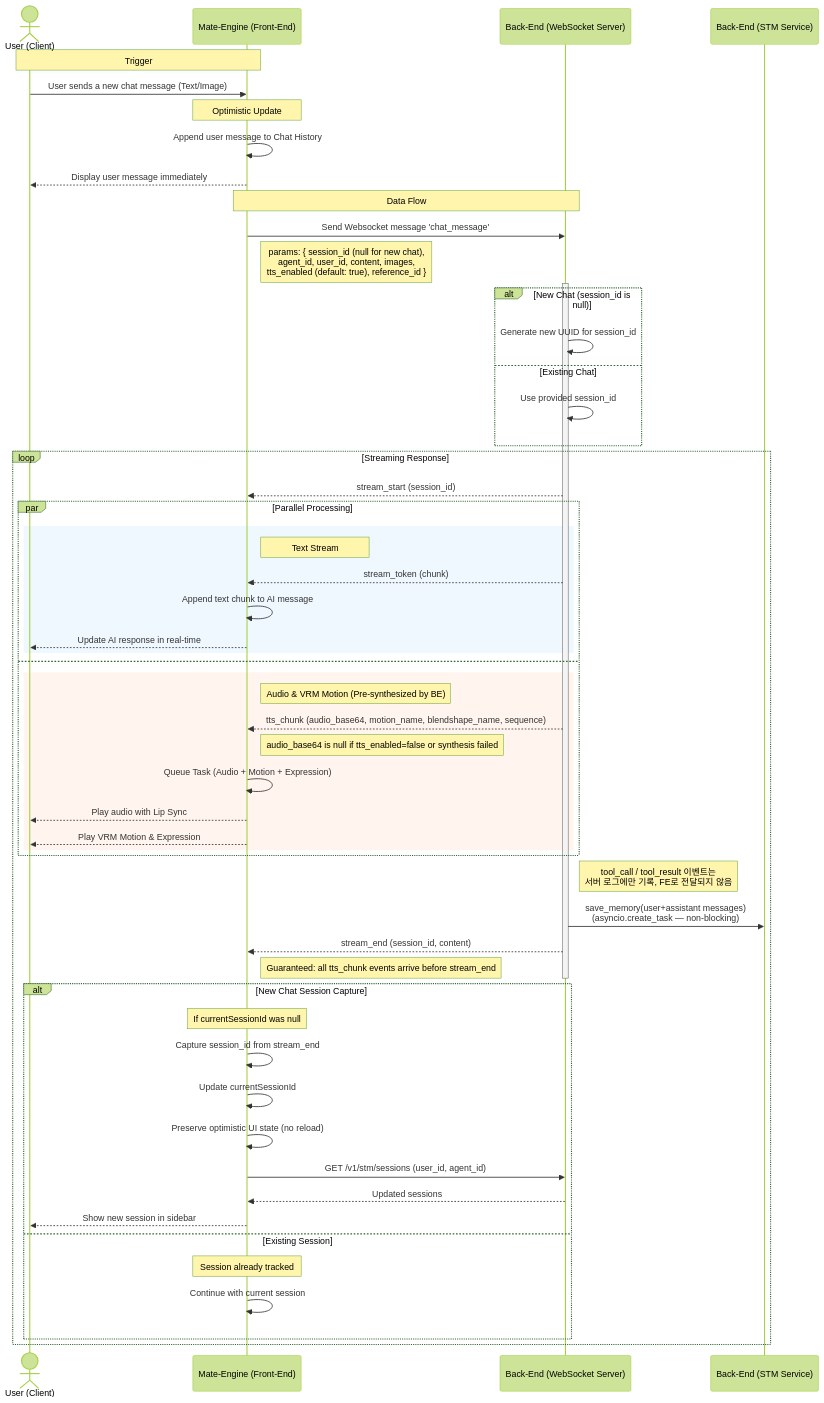
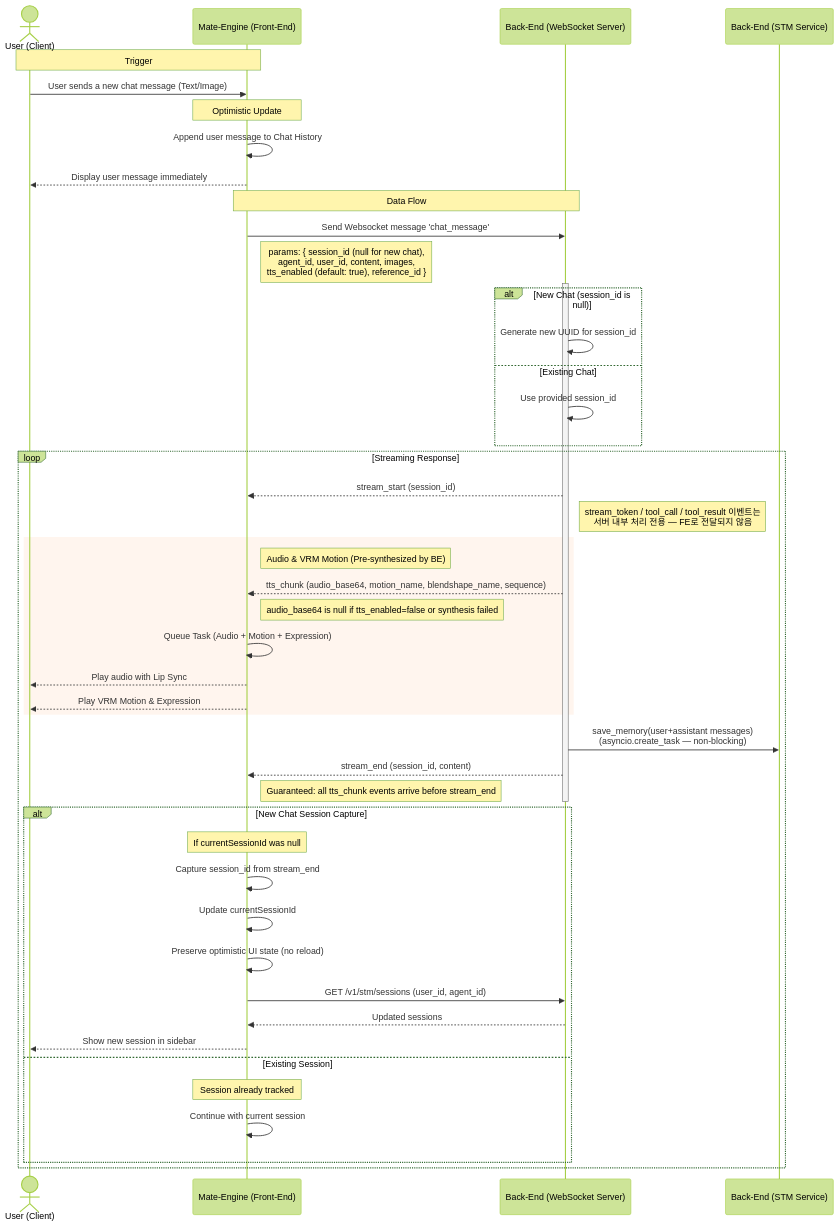
One commit to yw0nam/DesktopMatePlus changed the diagram in docs/data_flow/chat/ADD_CHAT_MESSAGE.md. Above: the diagram before and after it, drawn with Mermaid (forest theme). The commit also changed 14 other files, not shown here.

````diff
--- a/docs/data_flow/chat/ADD_CHAT_MESSAGE.md
+++ b/docs/data_flow/chat/ADD_CHAT_MESSAGE.md
@@ -20,67 +20,58 @@
 ```mermaid
 sequenceDiagram
     actor User as User (Client)
     participant FE as Mate-Engine (Front-End)
     participant BE as Back-End (WebSocket Server)
     participant STM as Back-End (STM Service)
 
     Note over User, FE: Trigger
     User->>FE: User sends a new chat message (Text/Image)
 
     Note over FE: Optimistic Update
     FE->>FE: Append user message to Chat History
     FE-->>User: Display user message immediately
 
     Note over FE, BE: Data Flow
     FE->>BE: Send Websocket message 'chat_message'
     Note right of FE: params: { session_id (null for new chat),<br/>agent_id, user_id, content, images,<br/>tts_enabled (default: true), reference_id }
 
     activate BE
 
     alt New Chat (session_id is null)
         BE->>BE: Generate new UUID for session_id
     else Existing Chat
         BE->>BE: Use provided session_id
     end
 
     loop Streaming Response
         BE-->>FE: stream_start (session_id)
 
-        par Parallel Processing
-            rect rgb(240, 248, 255)
-                note right of FE: Text Stream
-                BE-->>FE: stream_token (chunk)
-                FE->>FE: Append text chunk to AI message
-                FE-->>User: Update AI response in real-time
-            end
-        and
-            rect rgb(255, 245, 238)
-                note right of FE: Audio & VRM Motion (Pre-synthesized by BE)
-                BE-->>FE: tts_chunk (audio_base64, motion_name, blendshape_name, sequence)
-                Note right of FE: audio_base64 is null if tts_enabled=false or synthesis failed
-                FE->>FE: Queue Task (Audio + Motion + Expression)
-                FE-->>User: Play audio with Lip Sync
-                FE-->>User: Play VRM Motion & Expression
-            end
+        Note right of BE: stream_token / tool_call / tool_result 이벤트는<br/>서버 내부 처리 전용 — FE로 전달되지 않음
+        rect rgb(255, 245, 238)
+            note right of FE: Audio & VRM Motion (Pre-synthesized by BE)
+            BE-->>FE: tts_chunk (audio_base64, motion_name, blendshape_name, sequence)
+            Note right of FE: audio_base64 is null if tts_enabled=false or synthesis failed
+            FE->>FE: Queue Task (Audio + Motion + Expression)
+            FE-->>User: Play audio with Lip Sync
+            FE-->>User: Play VRM Motion & Expression
         end
 
-        Note right of BE: tool_call / tool_result 이벤트는<br/>서버 로그에만 기록, FE로 전달되지 않음
         BE->>STM: save_memory(user+assistant messages)<br/>(asyncio.create_task — non-blocking)
         BE-->>FE: stream_end (session_id, content)
         Note right of FE: Guaranteed: all tts_chunk events arrive before stream_end
         deactivate BE
 
         alt New Chat Session Capture
             Note over FE: If currentSessionId was null
             FE->>FE: Capture session_id from stream_end
             FE->>FE: Update currentSessionId
             FE->>FE: Preserve optimistic UI state (no reload)
             FE->>BE: GET /v1/stm/sessions (user_id, agent_id)
             BE-->>FE: Updated sessions
             FE-->>User: Show new session in sidebar
         else Existing Session
             Note over FE: Session already tracked
             FE->>FE: Continue with current session
         end
     end
 ```
````
